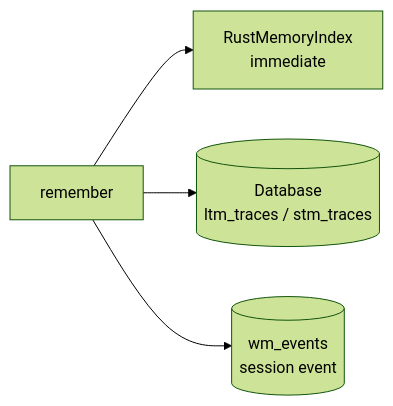
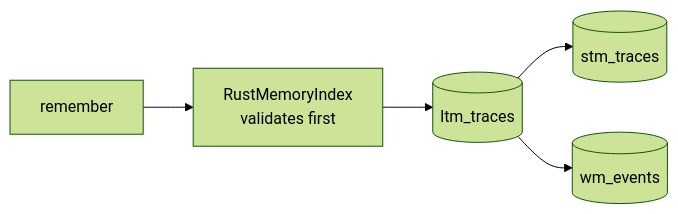
One commit to Magic-Man-us/MemoryCore changed the fourth of 5 diagrams in docs/architecture.md. Above: the diagram before and after it, drawn with Mermaid (forest theme). The commit also changed other lines of this file and 37 other files, not shown here.

````diff
--- a/docs/architecture.md
+++ b/docs/architecture.md
@@ -54,6 +59,7 @@
 ```mermaid
 flowchart LR
-    M[remember] --> Rust[RustMemoryIndex<br>immediate]
-    M --> DB[(Database<br>ltm_traces / stm_traces)]
-    M --> WM[(wm_events<br>session event)]
+    M[remember] --> Rust[RustMemoryIndex<br>validates first]
+    Rust --> DB[(ltm_traces)]
+    DB --> STM[(stm_traces)]
+    DB --> WM[(wm_events)]
 ```
````
